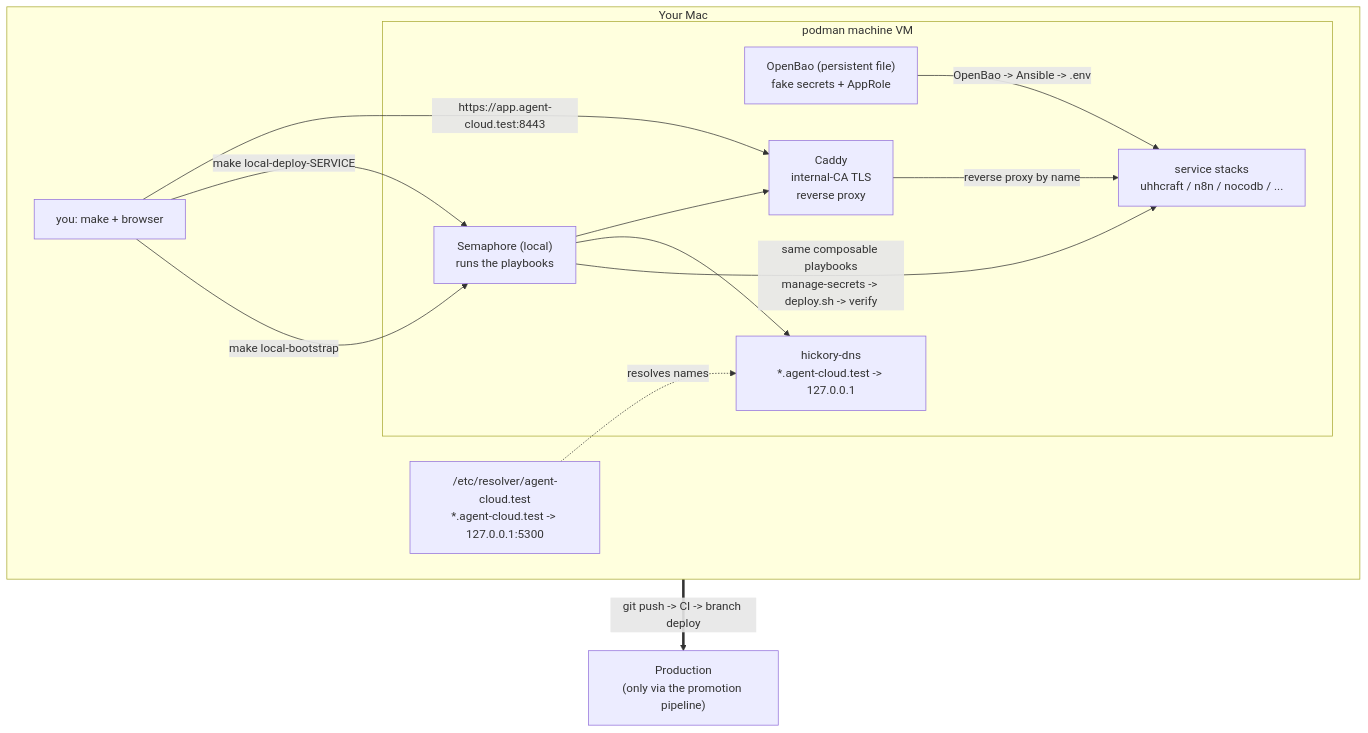
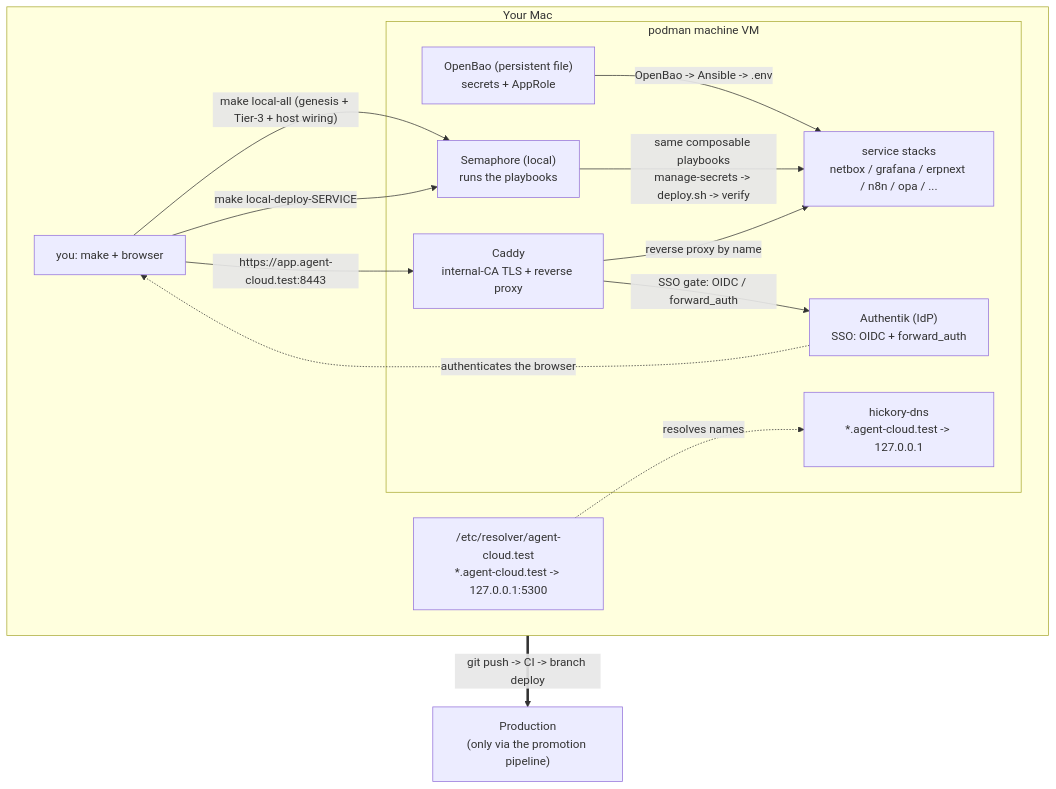
One commit to uhstray-io/agent-cloud changed the first of 3 diagrams in LOCAL-DEV-README.md. Above: the diagram before and after it, drawn with Mermaid. The commit also changed other lines of this file, not shown here.

First line of the commit message:
docs(local-dev): bring LOCAL-DEV-README current — SSO/login, full service set, local-all

````diff
--- a/LOCAL-DEV-README.md
+++ b/LOCAL-DEV-README.md
@@ -26,26 +27,27 @@
 ```mermaid
 flowchart TB
   subgraph mac["Your Mac"]
     DEV["you: make + browser"]
     RES["/etc/resolver/agent-cloud.test<br/>*.agent-cloud.test -> 127.0.0.1:5300"]
     subgraph vm["podman machine VM"]
-      BAO["OpenBao (persistent file)<br/>fake secrets + AppRole"]
+      BAO["OpenBao (persistent file)<br/>secrets + AppRole"]
       SEM["Semaphore (local)<br/>runs the playbooks"]
       DNS["hickory-dns<br/>*.agent-cloud.test -> 127.0.0.1"]
-      CAD["Caddy<br/>internal-CA TLS<br/>reverse proxy"]
-      SVC["service stacks<br/>uhhcraft / n8n / nocodb / ..."]
+      CAD["Caddy<br/>internal-CA TLS + reverse proxy"]
+      AK["Authentik (IdP)<br/>SSO: OIDC + forward_auth"]
+      SVC["service stacks<br/>netbox / grafana / erpnext / n8n / opa / ..."]
     end
   end
   PROD["Production<br/>(only via the promotion pipeline)"]
 
-  DEV -->|make local-bootstrap| SEM
+  DEV -->|"make local-all (genesis + Tier-3 + host wiring)"| SEM
   DEV -->|make local-deploy-SERVICE| SEM
   SEM -->|"same composable playbooks<br/>manage-secrets -> deploy.sh -> verify"| SVC
-  SEM --> DNS
-  SEM --> CAD
   BAO -->|"OpenBao -> Ansible -> .env"| SVC
   DEV -->|"https://app.agent-cloud.test:8443"| CAD
   RES -.resolves names.-> DNS
   CAD -->|reverse proxy by name| SVC
+  CAD -->|"SSO gate: OIDC / forward_auth"| AK
+  AK -.authenticates the browser.-> DEV
   mac ==>|git push -> CI -> branch deploy| PROD
 ```
````
